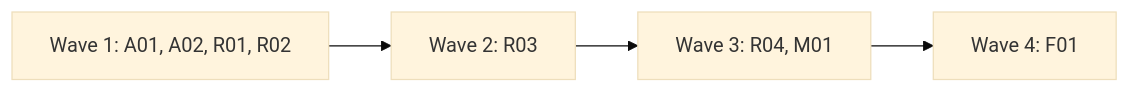
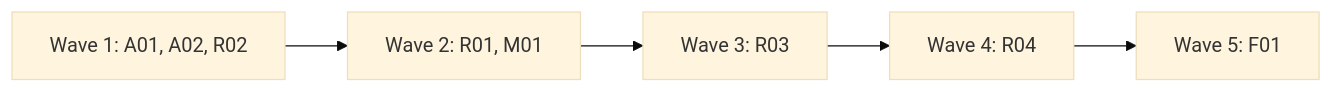
Before and after one commit to alfhen/agent-pr-pipeline: the diagram in docs/plan-0.4.0.md, drawn with Mermaid (base theme). The commit also changed other lines of this file, not shown here.

````diff
--- a/docs/plan-0.4.0.md
+++ b/docs/plan-0.4.0.md
@@ -52,4 +52,4 @@
 ```mermaid
 flowchart LR
-  W1[Wave 1: A01, A02, R01, R02] --> W2[Wave 2: R03] --> W3[Wave 3: R04, M01] --> W4[Wave 4: F01]
+  W1[Wave 1: A01, A02, R02] --> W2[Wave 2: R01, M01] --> W3[Wave 3: R03] --> W4[Wave 4: R04] --> W5[Wave 5: F01]
 ```
````
